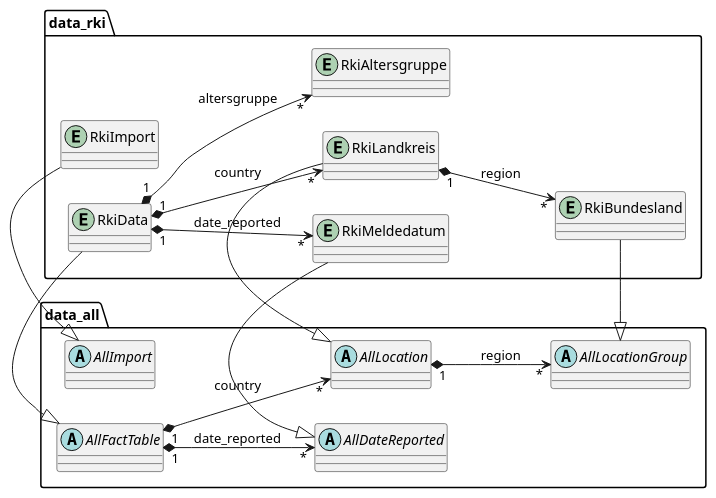
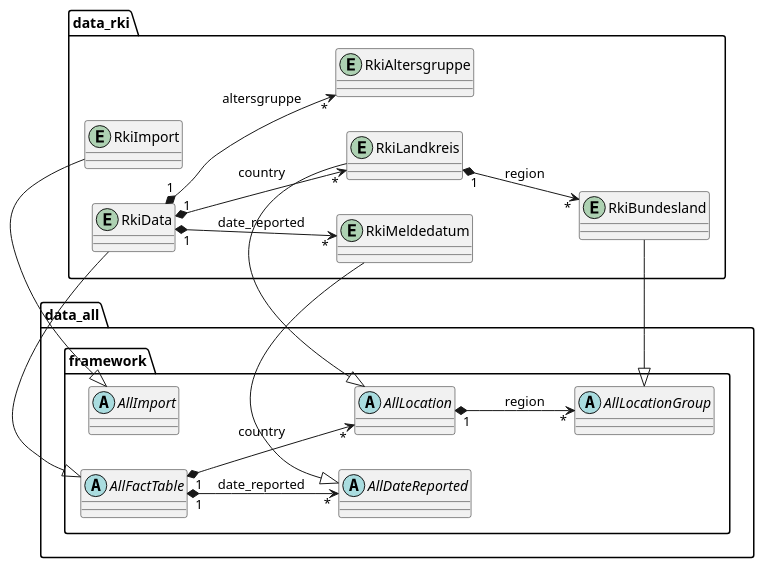
Before and after one commit to thomaswoehlke/flask_covid19: the diagram in docs/uml/project/data_rki/model.puml, drawn with PlantUML. The commit also changed 6 other files, not shown here.

```diff
--- a/docs/uml/project/data_rki/model.puml
+++ b/docs/uml/project/data_rki/model.puml
@@ -1,42 +1,42 @@
 @startuml
 left to right direction
 'https://plantuml.com/class-diagram
 
 'abstract class AbstractList
 'abstract AbstractCollection
 'interface List
 'interface Collection
 
-package data_all {
+package data_all.framework {
     abstract class AllFactTable {}
     abstract class AllDateReported {}
     abstract class AllImport {}
     abstract class AllLocation {}
     abstract class AllLocationGroup {}
 
     AllLocation "1" *--> "*" AllLocationGroup : region
     AllFactTable "1" *--> "*" AllLocation : country
     AllFactTable "1" *--> "*" AllDateReported : date_reported
 }
 
 package data_rki {
     entity RkiData {}
     entity RkiMeldedatum {}
     entity RkiImport {}
     entity RkiLandkreis {}
     entity RkiBundesland {}
     entity RkiAltersgruppe {}
 
     AllImport <|- RkiImport
     AllDateReported <|- RkiMeldedatum
     AllLocation <|- RkiLandkreis
     AllLocationGroup <|- RkiBundesland
     AllFactTable <|- RkiData
 
     RkiLandkreis "1" *--> "*" RkiBundesland : region
     RkiData "1" *--> "*" RkiLandkreis : country
     RkiData "1" *--> "*" RkiMeldedatum : date_reported
     RkiData "1" *--> "*" RkiAltersgruppe : altersgruppe
 }
 
 @enduml
```
